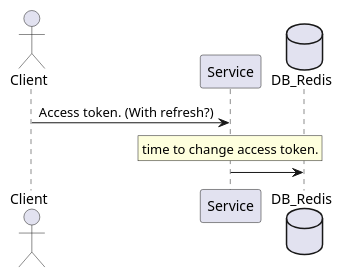
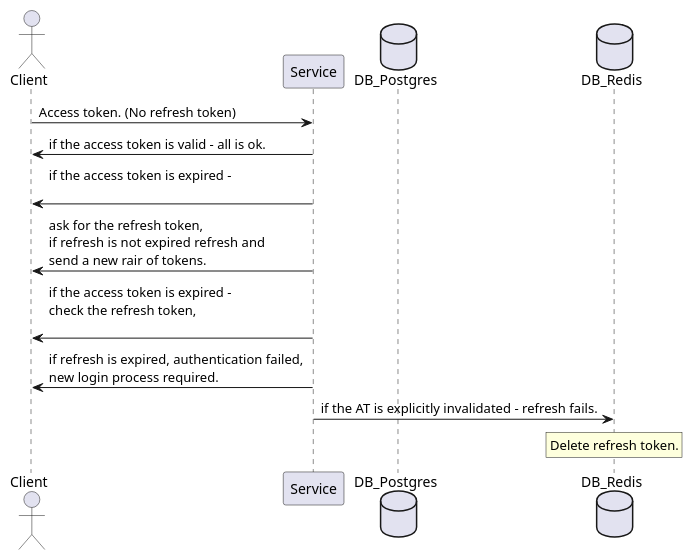
Before and after one commit to DeneesK/auth-service-flask: the diagram in doc/refresh_access.puml, drawn with PlantUML. The commit also changed 4 other files, not shown here.

```diff
--- a/doc/refresh_access.puml
+++ b/doc/refresh_access.puml
@@ -1,8 +1,14 @@
 @startuml
 actor Client
-Client -> Service: Access token. (With refresh?)
-rnote over Service: time to change access token.
+Client -> Service: Access token. (No refresh token)
+database DB_Postgres
+Service -> Client: if the access token is valid - all is ok.
+Service -> Client: if the access token is expired - \n
+Service -> Client: ask for the refresh token, \nif refresh is not expired refresh and \nsend a new rair of tokens.
+
+Service -> Client: if the access token is expired - \ncheck the refresh token, \n
+Service -> Client: if refresh is expired, authentication failed, \nnew login process required.
 database DB_Redis
-Service -> DB_Redis:
-'?????
+Service -> DB_Redis: if the AT is explicitly invalidated - refresh fails.
+rnote over DB_Redis: Delete refresh token.
 @enduml
```
